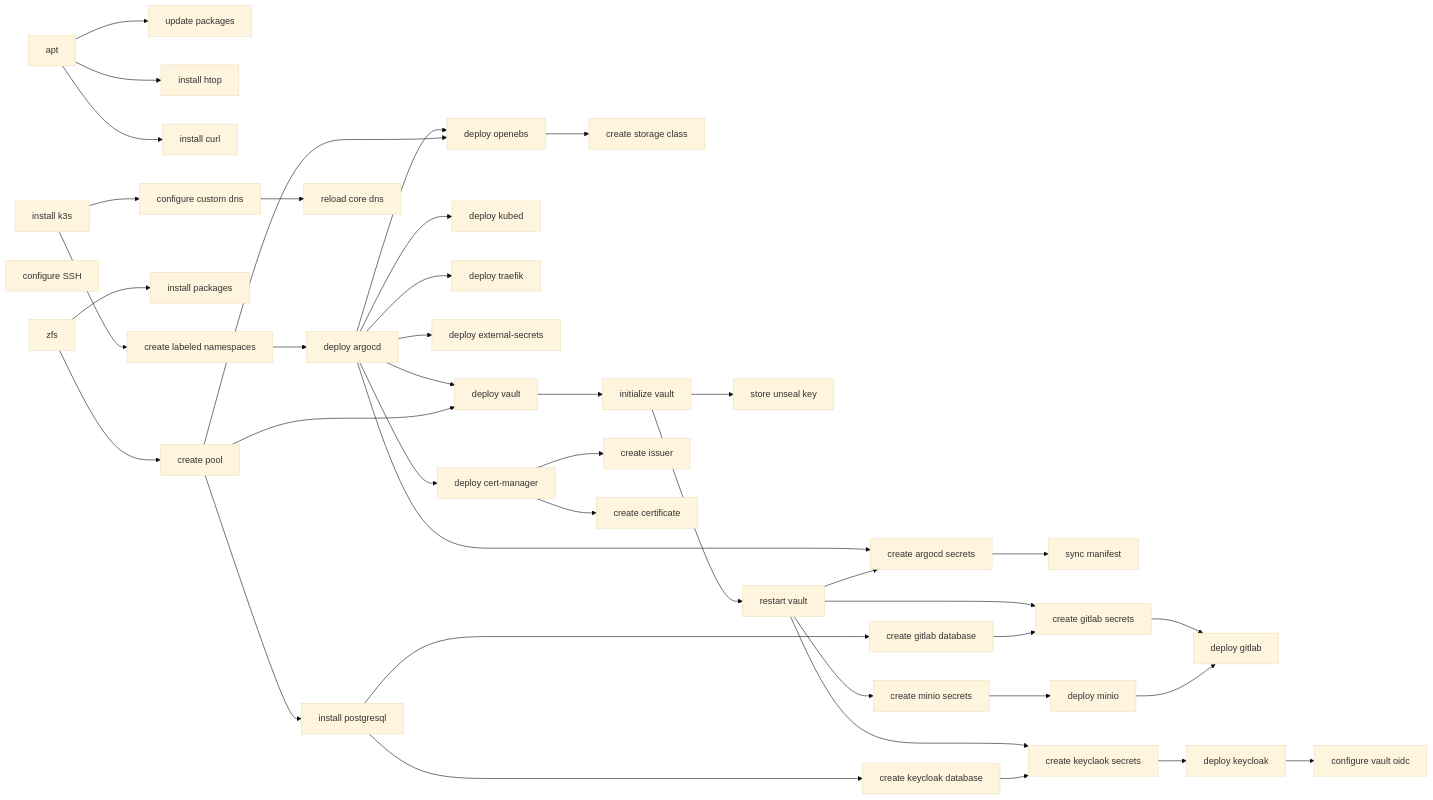
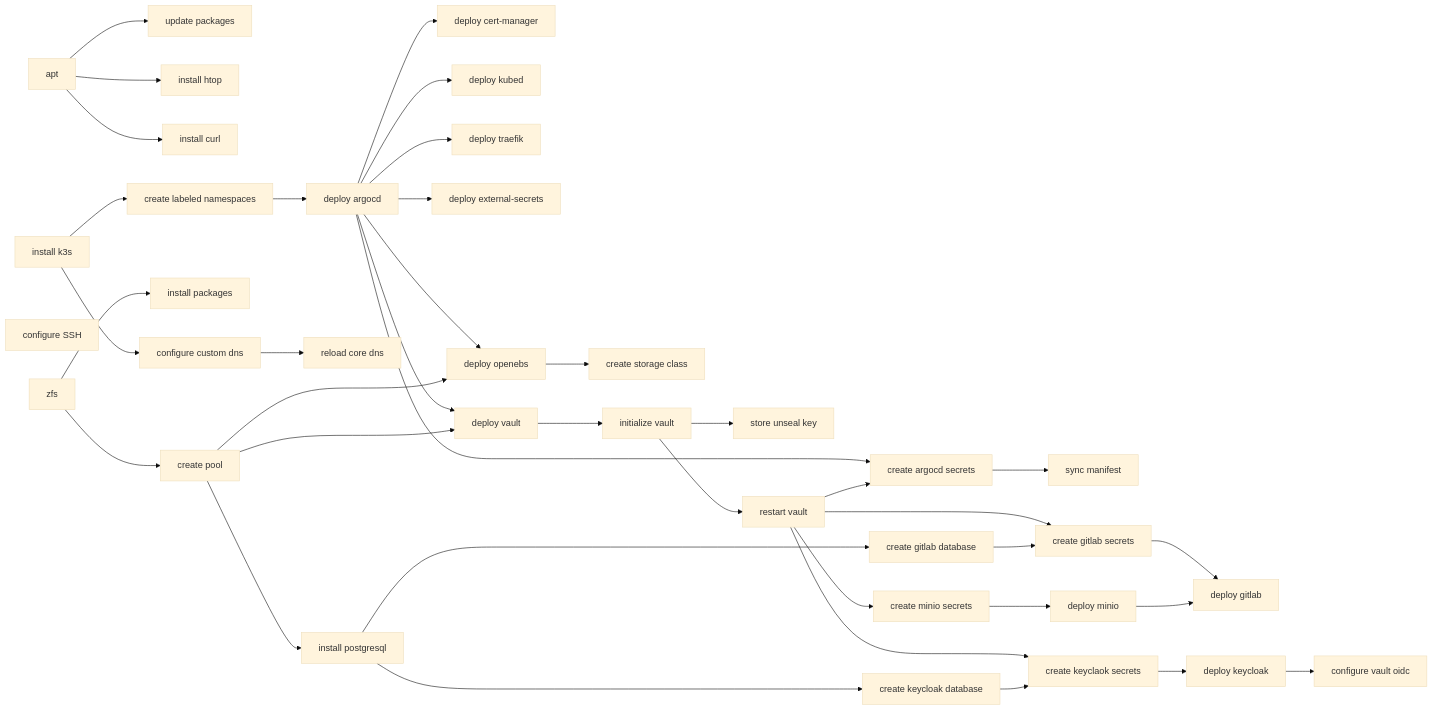
Before and after one commit to sebtiz13/homecluster: the second of 2 diagrams in docs/references/architecture/overview.md, drawn with Mermaid (base theme). The commit also changed 18 other files, not shown here.

Commit message:
refactor(cert-manager): includes issuers and certificate

````diff
--- a/docs/references/architecture/overview.md
+++ b/docs/references/architecture/overview.md
@@ -29,39 +29,36 @@
 ```mermaid
 graph LR
     apt --> update[update packages] & htop[install htop] & curl[install curl]
     k3s[install k3s]
     ssh[configure SSH]
     zfs --> zfs-pool[create pool] & zfs-install[install packages]
 
     zfs-pool --> postgresql[install postgresql]
     k3s --> namespaces[create labeled namespaces]
     k3s --> coredns[configure custom dns] --> cdns-reload[reload core dns]
 
     namespaces --> argocd[deploy argocd]
     argocd --> a-vault[create argocd secrets] --> a-sync[sync manifest]
 
     argocd --> cert-manager[deploy cert-manager]
     argocd --> kubed[deploy kubed]
     argocd --> traefik[deploy traefik]
     argocd --> external-secret[deploy external-secrets]
     argocd --> openebs[deploy openebs] --> sc[create storage class]
     argocd --> r-vault[deploy vault] --> v-init[initialize vault] --> v-keys[store unseal key]
     v-init --> vault[restart vault]
 
     vault --> m-vault[create minio secrets] --> minio[deploy minio]
     vault --> g-vault[create gitlab secrets] --> gitlab[deploy gitlab]
     vault --> k-vault[create keyclaok secrets] --> keycloak[deploy keycloak]
 
     %% Sub task
-    cert-manager --> issuer[create issuer]
-    cert-manager --> certificate[create certificate]
-
     keycloak --> v-oidc[configure vault oidc]
 
     %% Deps
     postgresql -----> g-db[create gitlab database] --> g-vault
     postgresql -----> k-db[create keycloak database] --> k-vault
     zfs-pool --> r-vault & openebs
     vault --> a-vault
     minio --> gitlab
 ```
````
